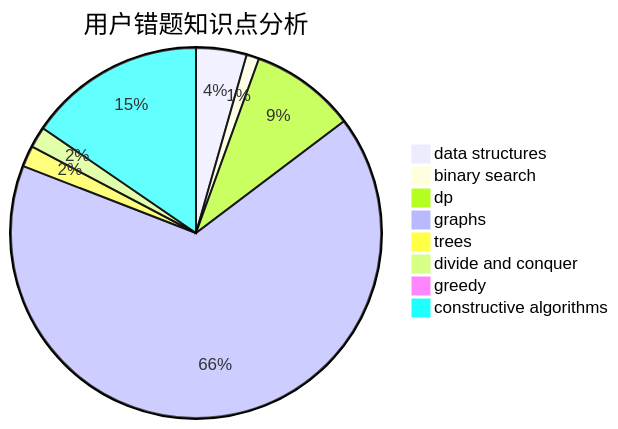
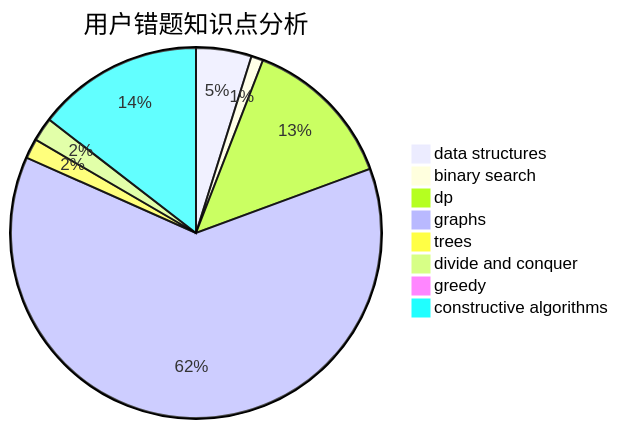
The third of 3 diagrams in docs/user/u1079.md (sherpahu/cfrs.github.io), drawn with Mermaid before and after one commit. The commit also changed other lines of this file and 2770 other files, not shown here.

````diff
--- a/docs/user/u1079.md
+++ b/docs/user/u1079.md
@@ -36,11 +36,11 @@
 ```mermaid
 pie title 用户错题知识点分析
-    "data structures" :  12
+    "data structures" :  14
     "binary search" :  3
-    "dp" :  25
+    "dp" :  39
     "graphs" :  180
     "trees" :  5
-    "divide and conquer" :  5
+    "divide and conquer" :  6
     "greedy" :  1
     "constructive algorithms" :  42
 ```
````
